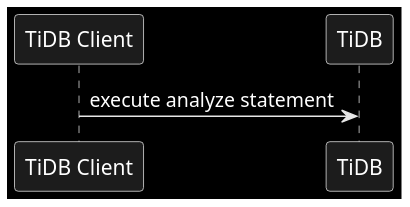
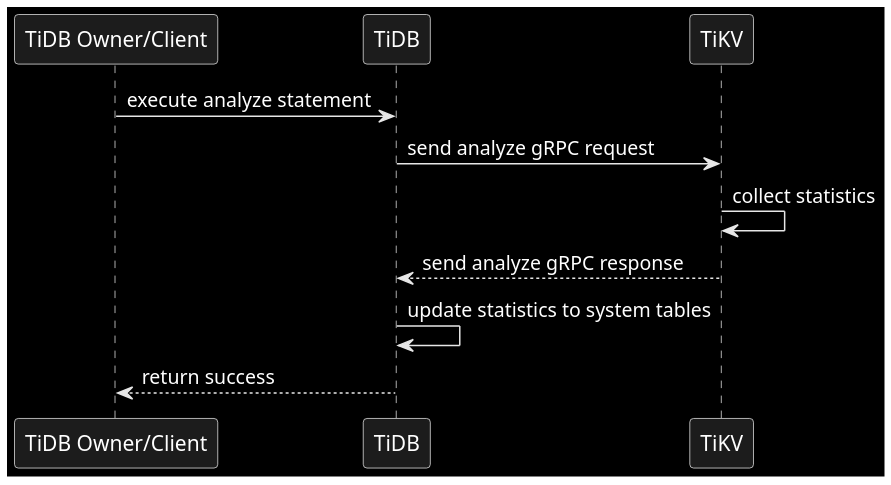
Before and after one commit to Rustin170506/tidb-analyze.slide: the diagram in slides.md, drawn with PlantUML.

Commit message:
analyze: update dataflow

````diff
--- a/slides.md
+++ b/slides.md
@@ -153,8 +153,13 @@
-```plantuml {scale: 0.9}
+```plantuml
 @startuml
 
 skinparam monochrome reverse
 
-"TiDB Client" as TC -> TiDB: execute analyze statement
+"TiDB Owner/Client" as TC -> TiDB: execute analyze statement
+TiDB -> TiKV: send analyze gRPC request
+TiKV -> TiKV: collect statistics
+TiKV --> TiDB: send analyze gRPC response
+TiDB -> TiDB: update statistics to system tables
+TiDB --> TC: return success
 @enduml
 ```
````
